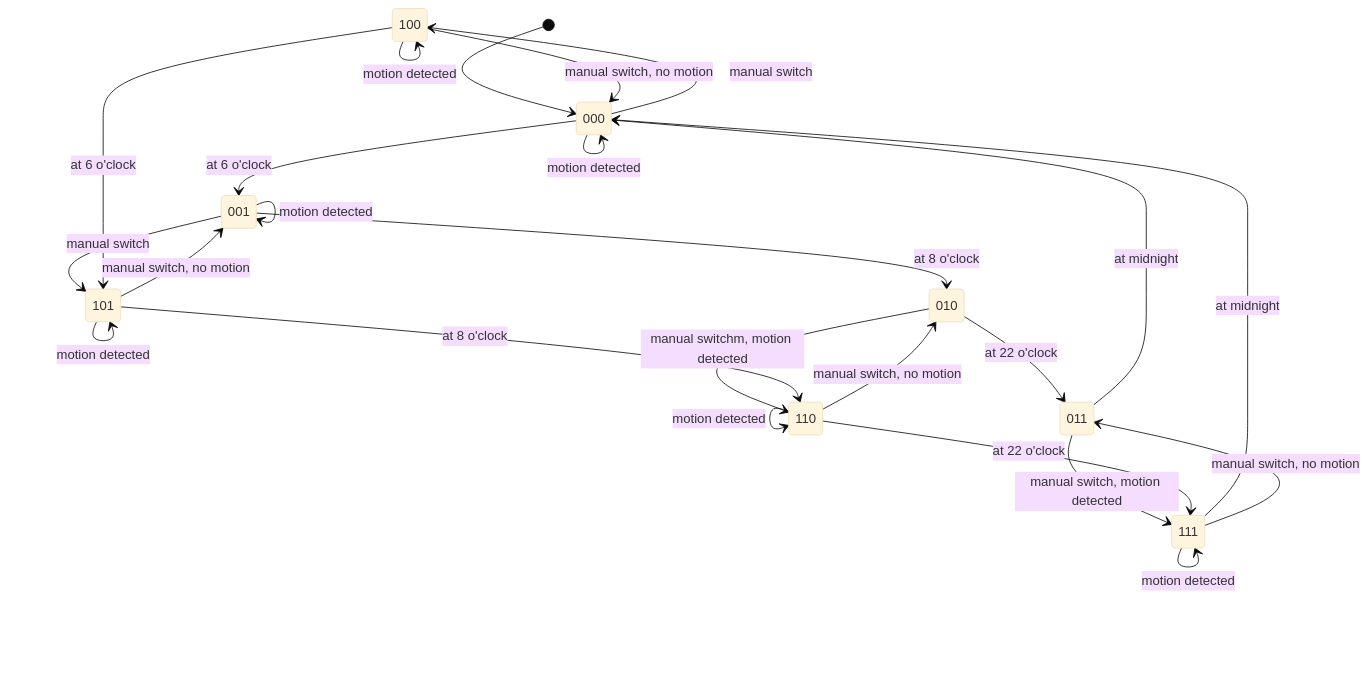
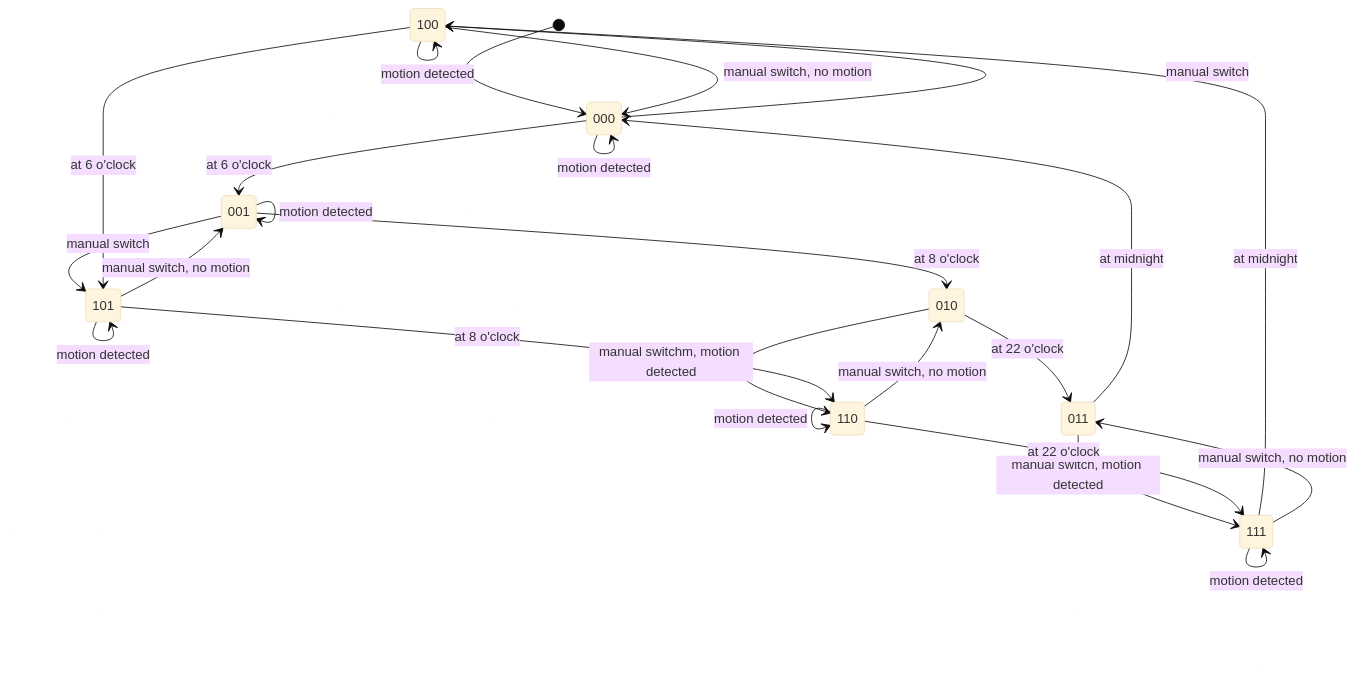
One commit to tyriis/home-ops changed the diagram in .backstage/components/node-red/docs/flows/office.md. Above: the diagram before and after it, drawn with Mermaid (base theme). The commit also changed other lines of this file, not shown here.

Commit message:
docs(backstage): update node-red flow office states and transistions

````diff
--- a/.backstage/components/node-red/docs/flows/office.md
+++ b/.backstage/components/node-red/docs/flows/office.md
@@ -90,26 +90,26 @@
 ```mermaid
 stateDiagram-v2
     [*] --> 000
     000 --> 000: motion detected
     000 --> 001: at 6 o'clock
     000 --> 100: manual switch
     001 --> 001: motion detected
     001 --> 010: at 8 o'clock
     001 --> 101: manual switch
     010 --> 011: at 22 o'clock
     010 --> 110: manual switchm, motion detected
     011 --> 000: at midnight
     011 --> 111: manual switch, motion detected
     100 --> 000: manual switch, no motion
     100 --> 100: motion detected
     100 --> 101: at 6 o'clock
     101 --> 001: manual switch, no motion
     101 --> 101: motion detected
     101 --> 110: at 8 o'clock
     110 --> 010: manual switch, no motion
     110 --> 110: motion detected
     110 --> 111: at 22 o'clock
-    111 --> 000: at midnight
+    111 --> 100: at midnight
     111 --> 011: manual switch, no motion
     111 --> 111: motion detected
 ```
````
